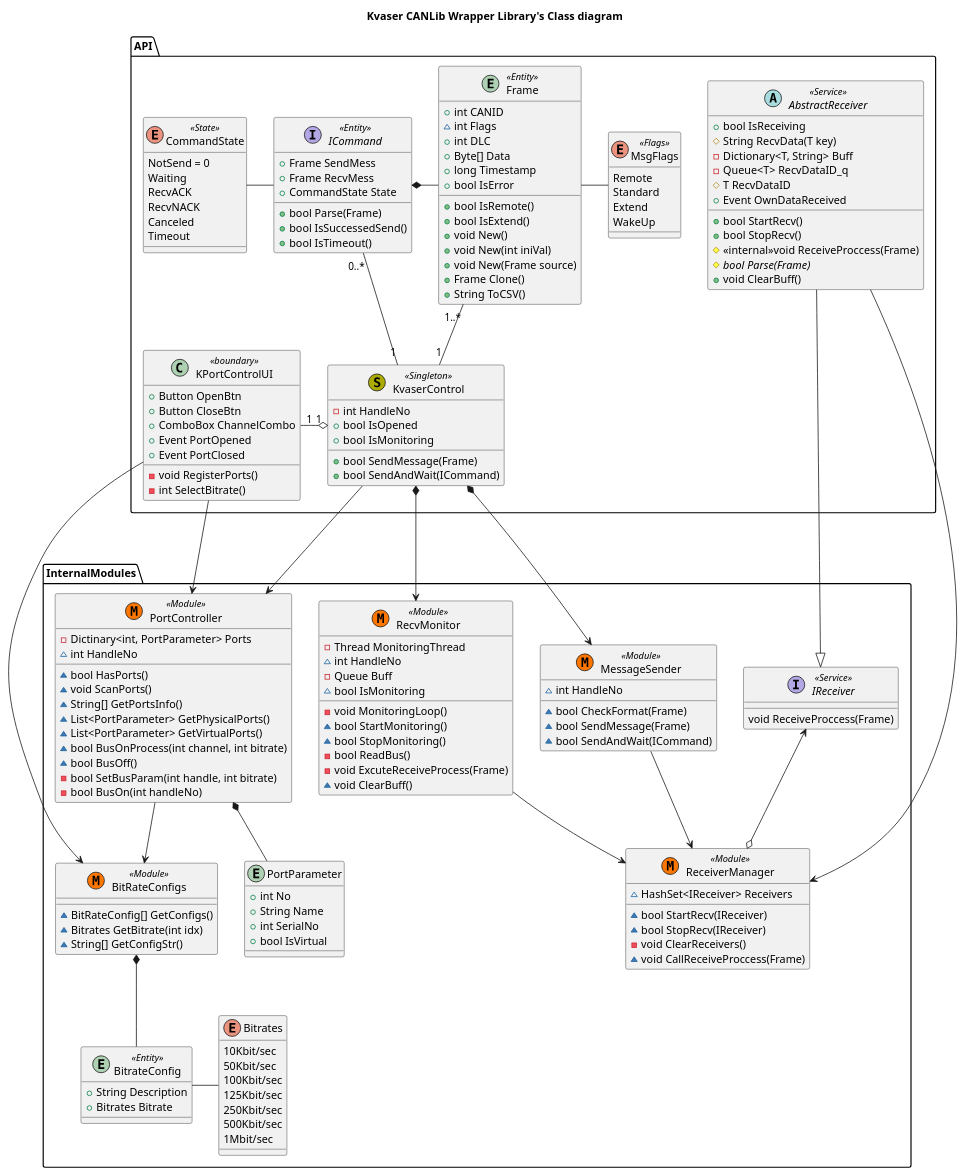
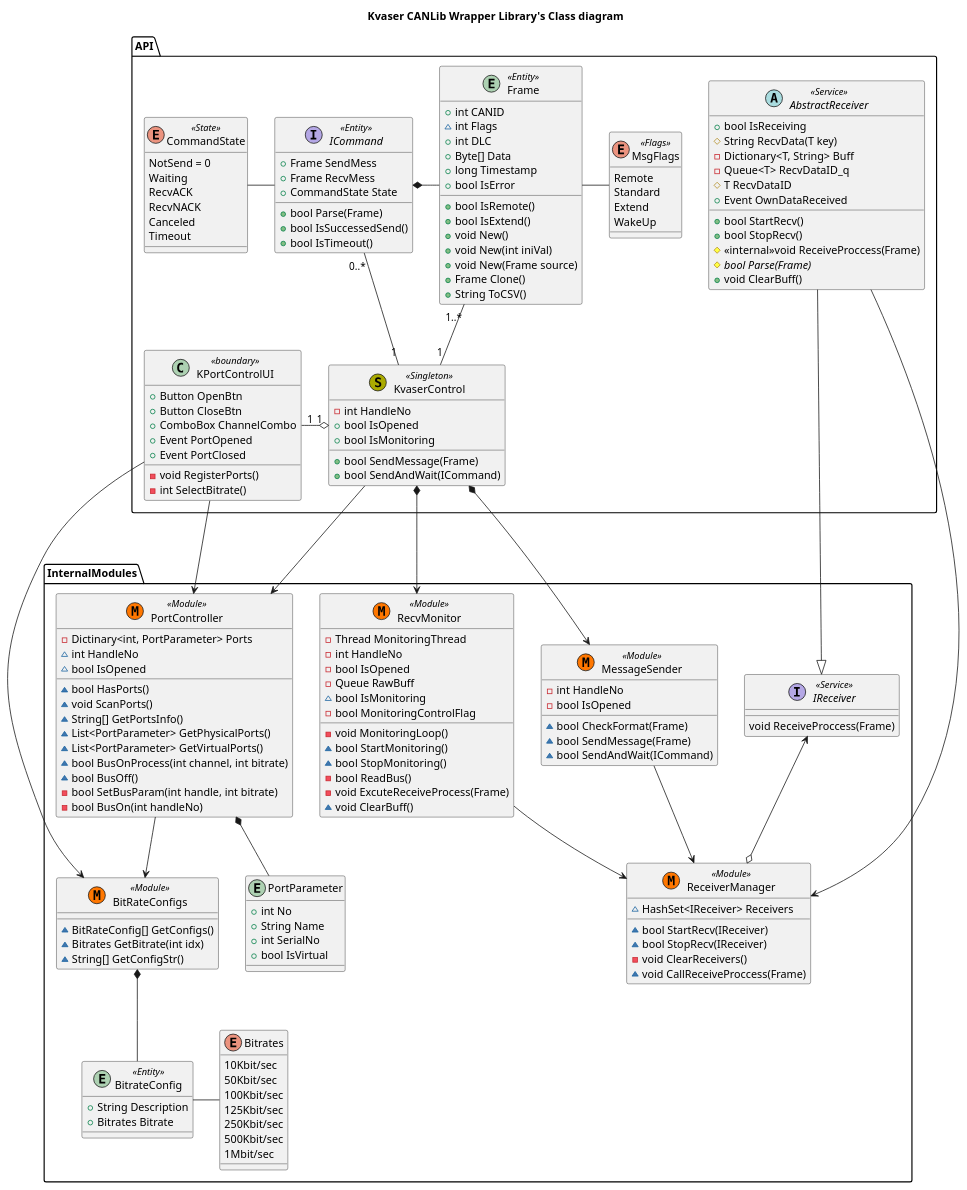
Before and after one commit to hiratashinnya/KvaserCANLib: the diagram in docs/Class.wsd, drawn with PlantUML. The commit also changed 14 other files, not shown here.

```diff
--- a/docs/Class.wsd
+++ b/docs/Class.wsd
@@ -1,191 +1,195 @@
 @startuml
 
 title "Kvaser CANLib Wrapper Library's Class diagram"
 
 package API{
 
     class KPortControlUI<<boundary>>{
         +Button OpenBtn
         +Button CloseBtn
         +ComboBox ChannelCombo
         -void RegisterPorts()
         -int SelectBitrate()
         +Event PortOpened
         +Event PortClosed
     }
 
     class KvaserControl<< (S, #AAAA00) Singleton>>{
         -int HandleNo
         +bool IsOpened
         +bool IsMonitoring
         
         +bool SendMessage(Frame)
         +bool SendAndWait(ICommand)
     }
 
     entity Frame<<Entity>>{
         +int CANID
         ~int Flags
         +int DLC
         +Byte[] Data
         +long Timestamp
         +bool IsError
         +bool IsRemote()
         +bool IsExtend()
         +void New()
         +void New(int iniVal)
         +void New(Frame source)
         +Frame Clone()
         +String ToCSV()
     }
 
     enum MsgFlags<<Flags>>{
         Remote
         Standard
         Extend
         WakeUp
     }
 
     abstract AbstractReceiver<<Service>>{
         +bool IsReceiving
         #{field}String RecvData(T key)
         -Dictionary<T, String> Buff
         -Queue<T> RecvDataID_q
         #T RecvDataID
         +Event OwnDataReceived
         +bool StartRecv()
         +bool StopRecv()
         #<<internal>>void ReceiveProccess(Frame)
         #{abstract}bool Parse(Frame)
         +void ClearBuff()
     }
 
 
     Interface ICommand<<Entity>>{
         +Frame SendMess
         +Frame RecvMess
         +CommandState State
         +bool Parse(Frame)
         +bool IsSuccessedSend()
         +bool IsTimeout()
     }
 
     Enum CommandState<<State>>{
         NotSend = 0
         Waiting
         RecvACK
         RecvNACK
         Canceled
         Timeout
     }
 
     KPortControlUI "1" -l-o "1" KvaserControl
 
     KvaserControl "1" -u- "0..*" ICommand
     KvaserControl "1" -l "1..*" Frame
 
     CommandState - ICommand
     Frame -* ICommand 
     Frame - MsgFlags 
 }
 
 package InternalModules{
     class BitRateConfigs<< (M, #FF7700) Module>>{
         ~BitRateConfig[] GetConfigs()
         ~Bitrates GetBitrate(int idx)
         ~String[] GetConfigStr()
     }
 
     entity BitrateConfig<<Entity>>{
         +String Description
         +Bitrates Bitrate
     }
 
     enum Bitrates{
         10Kbit/sec
         50Kbit/sec
         100Kbit/sec
         125Kbit/sec
         250Kbit/sec
         500Kbit/sec
         1Mbit/sec
     }
 
     class PortController<< (M, #FF7700) Module>>{
         -{field} Dictinary<int, PortParameter> Ports
         ~int HandleNo
+        ~bool IsOpened
         ~bool HasPorts()
         ~void ScanPorts()
         ~String[] GetPortsInfo()
         ~List<PortParameter> GetPhysicalPorts()
         ~List<PortParameter> GetVirtualPorts()
         ~bool BusOnProcess(int channel, int bitrate)
         ~bool BusOff()
         -bool SetBusParam(int handle, int bitrate)
         -bool BusOn(int handleNo)
     }
 
     entity PortParameter{
         +int No
         +String Name
         +int SerialNo
         +bool IsVirtual
     }
 
     class RecvMonitor<< (M, #FF7700) Module>>{
         -Thread MonitoringThread
-        ~int HandleNo
-        -Queue Buff
+        -int HandleNo
+        -bool IsOpened
+        -Queue RawBuff
         ~bool IsMonitoring
+        -bool MonitoringControlFlag
         -void MonitoringLoop()
         ~bool StartMonitoring()
         ~bool StopMonitoring()
         -bool ReadBus()
         -void ExcuteReceiveProcess(Frame)
         ~void ClearBuff()
     }
 
     class ReceiverManager<< (M, #FF7700) Module>>{
         ~HashSet<IReceiver> Receivers
         ~bool StartRecv(IReceiver)
         ~bool StopRecv(IReceiver)
         -void ClearReceivers()
         ~void CallReceiveProccess(Frame)
     }
 
         Interface IReceiver<<Service>>{
         void ReceiveProccess(Frame)
     }
 
     class MessageSender<< (M, #FF7700) Module>>{
-        ~int HandleNo
+        -int HandleNo
+        -bool IsOpened
         ~bool CheckFormat(Frame)
         ~bool SendMessage(Frame)
         ~bool SendAndWait(ICommand)
     }
 
     RecvMonitor --> ReceiverManager
     MessageSender --> ReceiverManager
     
     PortController *-- PortParameter
     PortController --> BitRateConfigs
 
     BitRateConfigs *-- BitrateConfig
     BitrateConfig - Bitrates
 
 }
 
 
 KPortControlUI ---> PortController
 KPortControlUI ----> BitRateConfigs
 
 KvaserControl ---> PortController
 KvaserControl *---> RecvMonitor
 KvaserControl *---> MessageSender
 
 AbstractReceiver --|> IReceiver
 IReceiver <--o ReceiverManager
 
 AbstractReceiver ---> ReceiverManager
 
 @enduml
```
